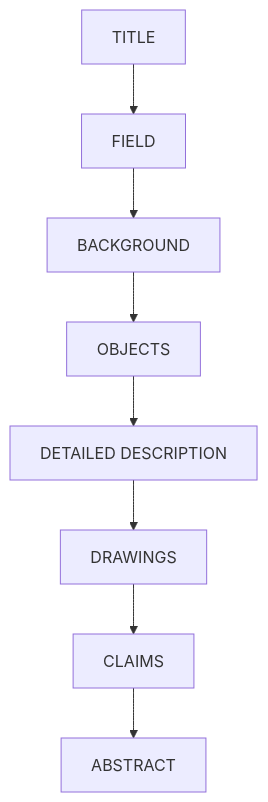
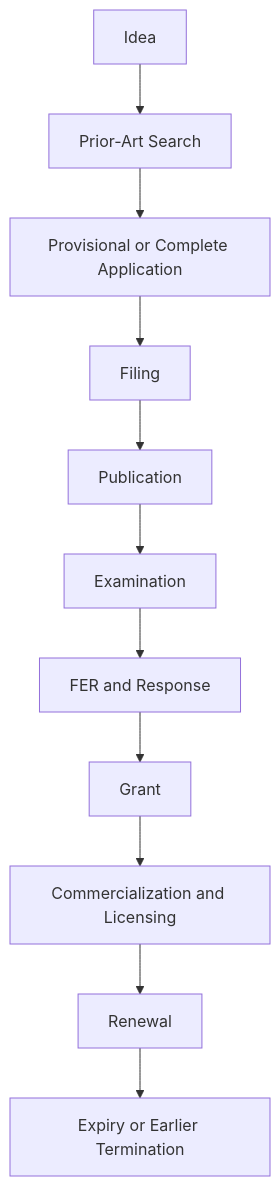
The second of 2 diagrams in 07_Patent_Procedure_and_Rights.md (Aryns293/IPR), drawn with Mermaid before and after one commit. The commit also changed other lines of this file and 8 other files, not shown here.

````diff
--- a/07_Patent_Procedure_and_Rights.md
+++ b/07_Patent_Procedure_and_Rights.md
@@ -296,10 +151,13 @@
 ```mermaid
 flowchart TD
-    A[TITLE] --> B[FIELD]
-    B --> C[BACKGROUND]
-    C --> D[OBJECTS]
-    D --> E[DETAILED DESCRIPTION]
-    E --> F[DRAWINGS]
-    F --> G[CLAIMS]
-    G --> H[ABSTRACT]
+    A[Idea] --> B[Prior-Art Search]
+    B --> C[Provisional or Complete Application]
+    C --> D[Filing]
+    D --> E[Publication]
+    E --> F[Examination]
+    F --> G[FER and Response]
+    G --> H[Grant]
+    H --> I[Commercialization and Licensing]
+    I --> J[Renewal]
+    J --> K[Expiry or Earlier Termination]
 ```
````
